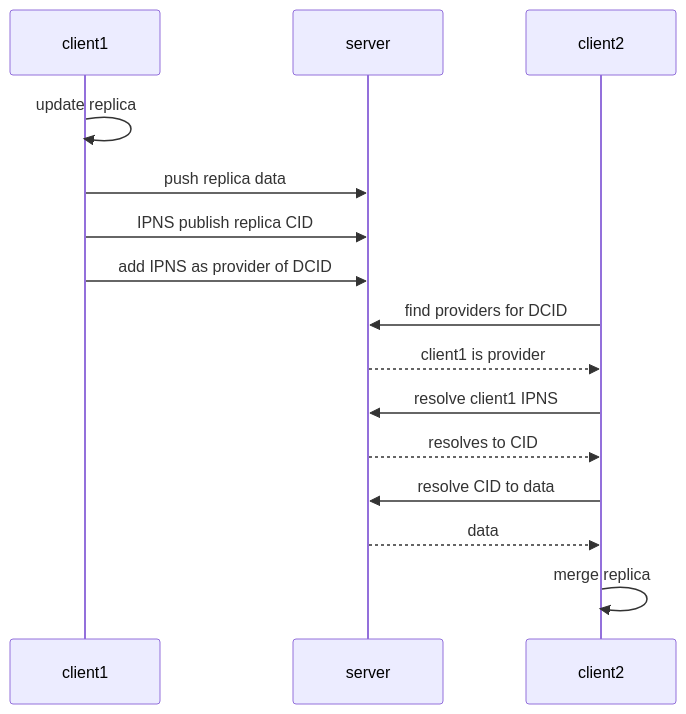
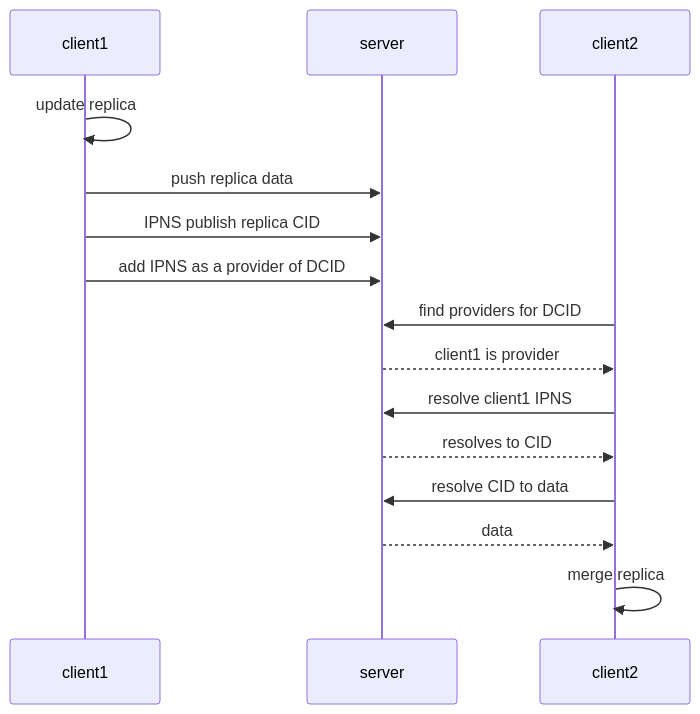
The second of 2 diagrams in ARTICLE.md (tabcat/dynamic-content), drawn with Mermaid before and after one commit. The commit also changed other lines of this file, not shown here.

````diff
--- a/ARTICLE.md
+++ b/ARTICLE.md
@@ -179,15 +179,15 @@
 ```mermaid
 sequenceDiagram
     client1->>client1: update replica
     client1->>server: push replica data
     client1->>server: IPNS publish replica CID
-    client1->>server: add IPNS as provider of DCID
+    client1->>server: add IPNS as a provider of DCID
 
     client2->>server: find providers for DCID
     server-->>client2: client1 is provider
     client2->>server: resolve client1 IPNS
     server-->>client2: resolves to CID
     client2->>server: resolve CID to data
     server-->>client2: data
     client2->>client2: merge replica
 ```
````
